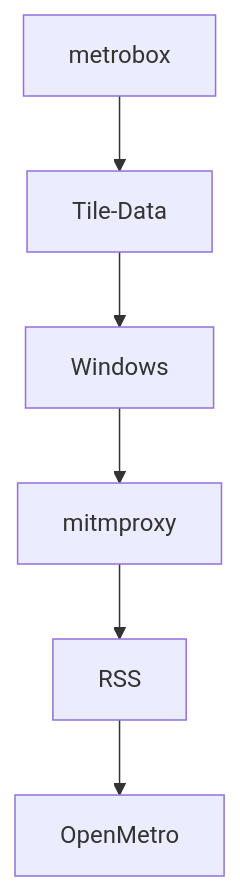
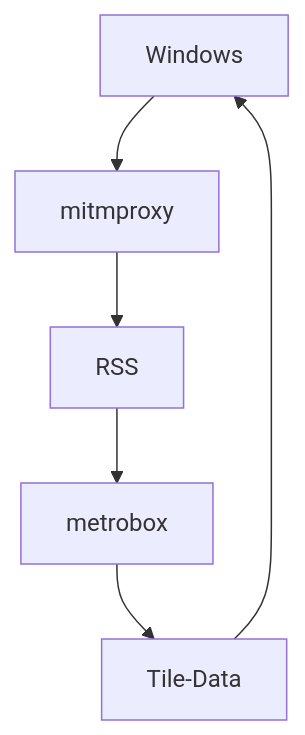
Before and after one commit to boks-oks/OpenMetro: the diagram in README.md, drawn with Mermaid.

````diff
--- a/README.md
+++ b/README.md
@@ -15,8 +15,8 @@
 ```mermaid
 graph TD;
     Windows-->mitmproxy;
     mitmproxy-->RSS;
-    RSS-->OpenMetro;
+    RSS-->metrobox;
     metrobox-->Tile-Data;
     Tile-Data-->Windows;
 ```
````
